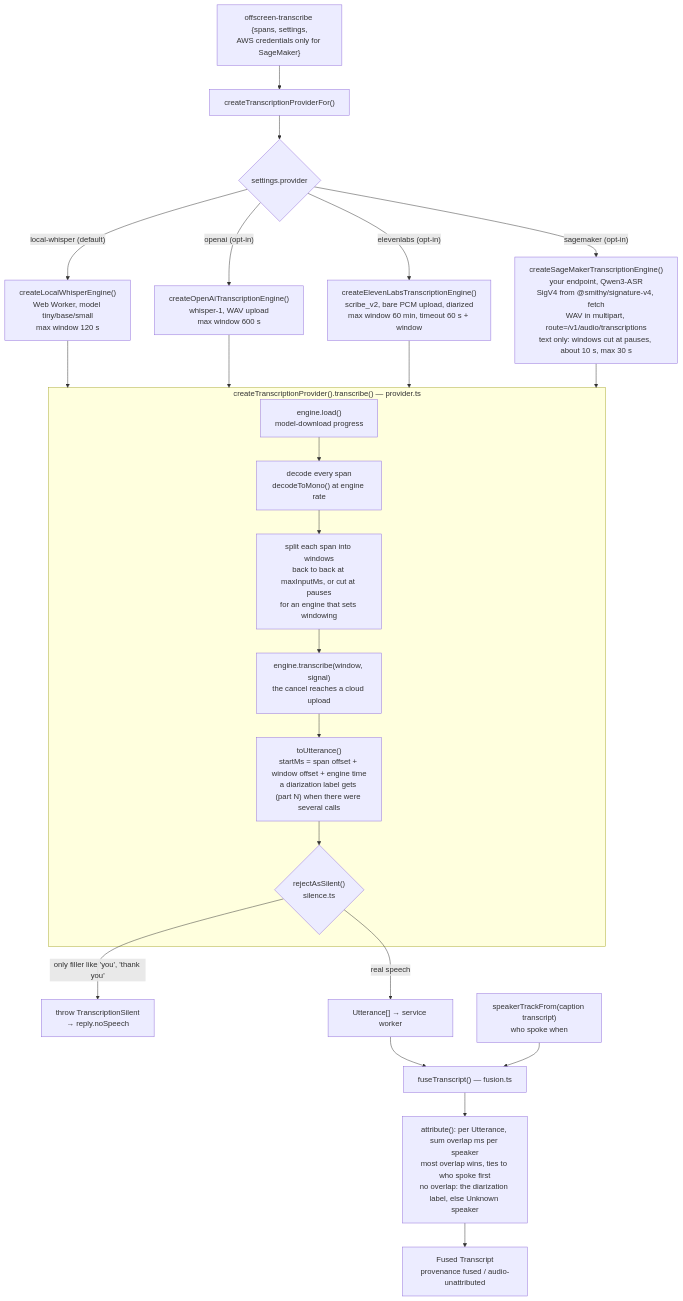
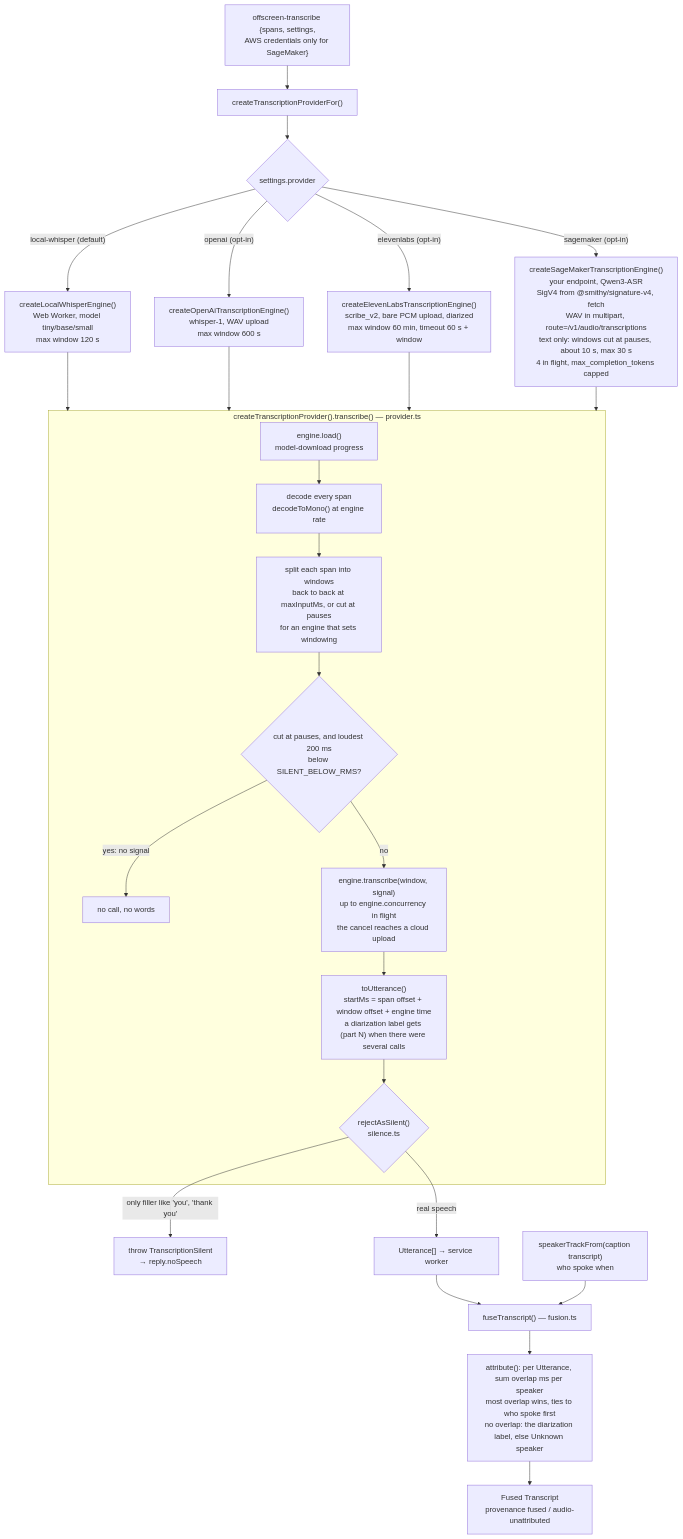
The eighth of 11 diagrams in docs/ARCHITECTURE.md (dominic676767/meeting-summarizer), drawn with Mermaid before and after one commit. The commit also changed other lines of this file and 11 other files, not shown here.

````diff
--- a/docs/ARCHITECTURE.md
+++ b/docs/ARCHITECTURE.md
@@ -403,25 +403,27 @@
 ```mermaid
 flowchart TD
     msg["offscreen-transcribe {spans, settings,<br/>AWS credentials only for SageMaker}"] --> fac["createTranscriptionProviderFor()"]
     fac --> which{"settings.provider"}
     which -- "local-whisper (default)" --> lw["createLocalWhisperEngine()<br/>Web Worker, model tiny/base/small<br/>max window 120 s"]
     which -- "openai (opt-in)" --> oa["createOpenAiTranscriptionEngine()<br/>whisper-1, WAV upload<br/>max window 600 s"]
     which -- "elevenlabs (opt-in)" --> el["createElevenLabsTranscriptionEngine()<br/>scribe_v2, bare PCM upload, diarized<br/>max window 60 min, timeout 60 s + window"]
-    which -- "sagemaker (opt-in)" --> sm["createSageMakerTranscriptionEngine()<br/>your endpoint, Qwen3-ASR<br/>SigV4 from @smithy/signature-v4, fetch<br/>WAV in multipart, route=/v1/audio/transcriptions<br/>text only: windows cut at pauses, about 10 s, max 30 s"]
+    which -- "sagemaker (opt-in)" --> sm["createSageMakerTranscriptionEngine()<br/>your endpoint, Qwen3-ASR<br/>SigV4 from @smithy/signature-v4, fetch<br/>WAV in multipart, route=/v1/audio/transcriptions<br/>text only: windows cut at pauses, about 10 s, max 30 s<br/>4 in flight, max_completion_tokens capped"]
     lw & oa & el & sm --> core
 
     subgraph core["createTranscriptionProvider().transcribe() — provider.ts"]
         load["engine.load()<br/>model-download progress"] --> dec["decode every span<br/>decodeToMono() at engine rate"]
         dec --> win["split each span into windows<br/>back to back at maxInputMs, or cut at pauses<br/>for an engine that sets windowing"]
-        win --> eng["engine.transcribe(window, signal)<br/>the cancel reaches a cloud upload"]
+        win --> skip{"cut at pauses, and loudest 200 ms<br/>below SILENT_BELOW_RMS?"}
+        skip -- "yes: no signal" --> none["no call, no words"]
+        skip -- "no" --> eng["engine.transcribe(window, signal)<br/>up to engine.concurrency in flight<br/>the cancel reaches a cloud upload"]
         eng --> utt["toUtterance()<br/>startMs = span offset + window offset + engine time<br/>a diarization label gets (part N) when there were several calls"]
         utt --> sil{"rejectAsSilent()<br/>silence.ts"}
     end
     sil -- "only filler like 'you', 'thank you'" --> silent["throw TranscriptionSilent<br/>→ reply.noSpeech"]
     sil -- "real speech" --> utts["Utterance[] → service worker"]
 
     utts --> fuse["fuseTranscript() — fusion.ts"]
     track["speakerTrackFrom(caption transcript)<br/>who spoke when"] --> fuse
     fuse --> attr["attribute(): per Utterance, sum overlap ms per speaker<br/>most overlap wins, ties to who spoke first<br/>no overlap: the diarization label, else Unknown speaker"]
     attr --> fused["Fused Transcript<br/>provenance fused / audio-unattributed"]
 ```
````
